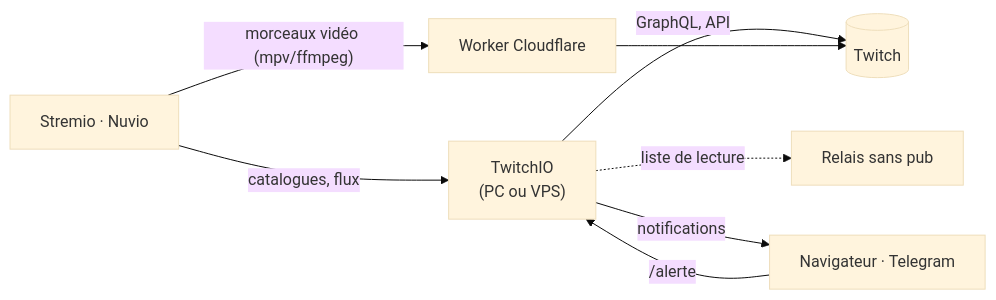
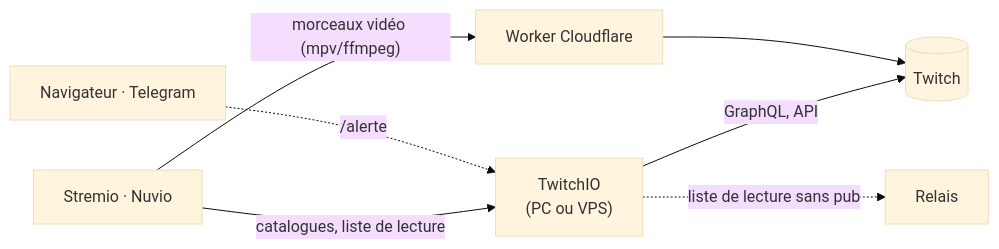
One commit to Wallacecleaver/Twitch-stremio changed the diagram in README.md. Above: the diagram before and after it, drawn with Mermaid (base theme). The commit also changed other lines of this file, not shown here.

Commit message:
README recentré sur l'addon Stremio ; les alertes passent en bonus

````diff
--- a/README.md
+++ b/README.md
@@ -42,10 +39,9 @@
 ```mermaid
 flowchart LR
-    S["Stremio · Nuvio"] -->|catalogues, flux| A["TwitchIO<br/>(PC ou VPS)"]
-    B["Navigateur · Telegram"] -->|/alerte| A
+    S["Stremio · Nuvio"] -->|catalogues, liste de lecture| A["TwitchIO<br/>(PC ou VPS)"]
     A -->|GraphQL, API| T[("Twitch")]
-    A -.->|liste de lecture| R["Relais sans pub"]
+    A -.->|liste de lecture sans pub| R["Relais"]
     S -->|"morceaux vidéo (mpv/ffmpeg)"| W["Worker Cloudflare"]
     W --> T
-    A -->|notifications| B
+    B["Navigateur · Telegram"] -.->|/alerte| A
 ```
````
